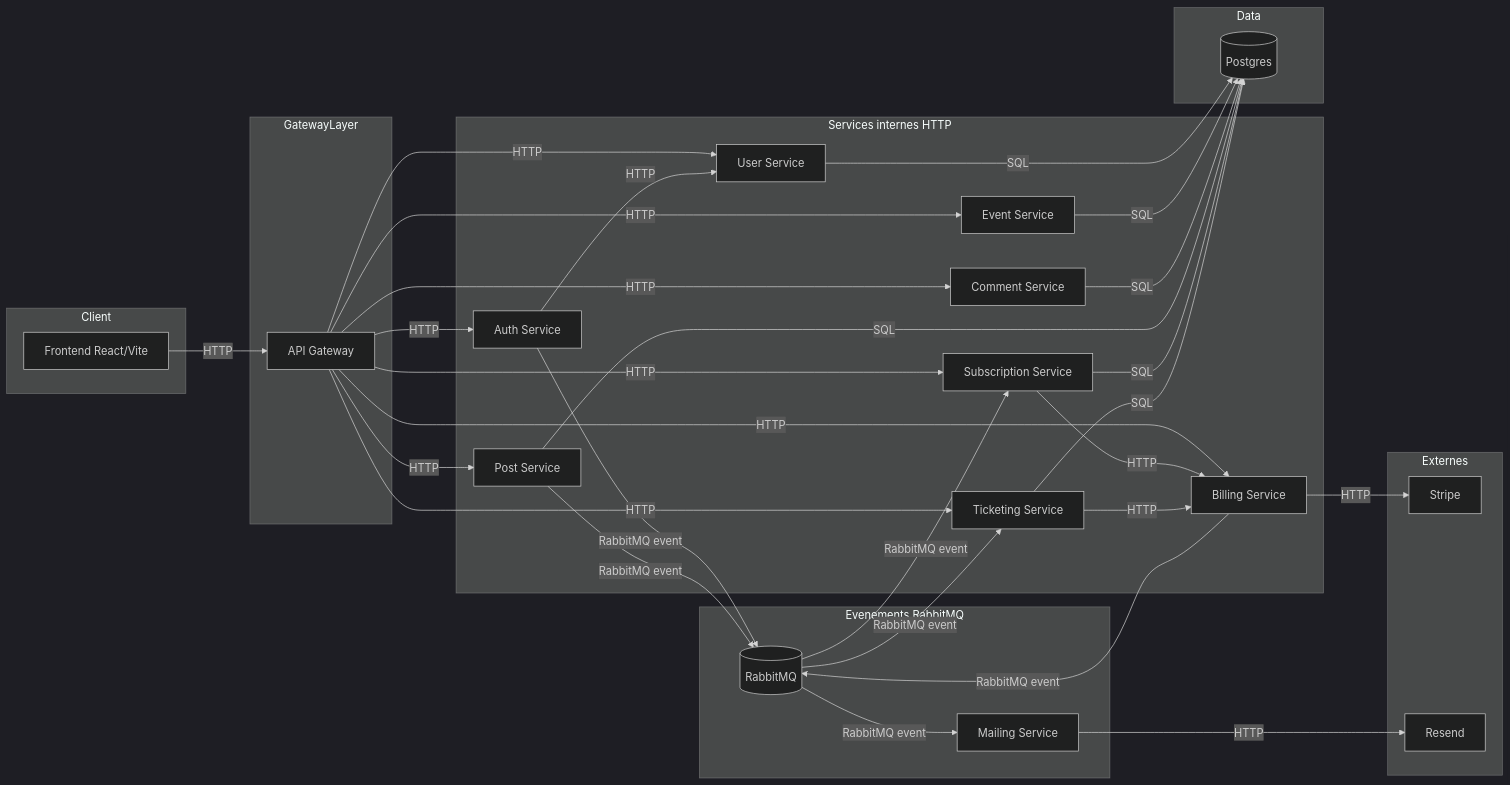
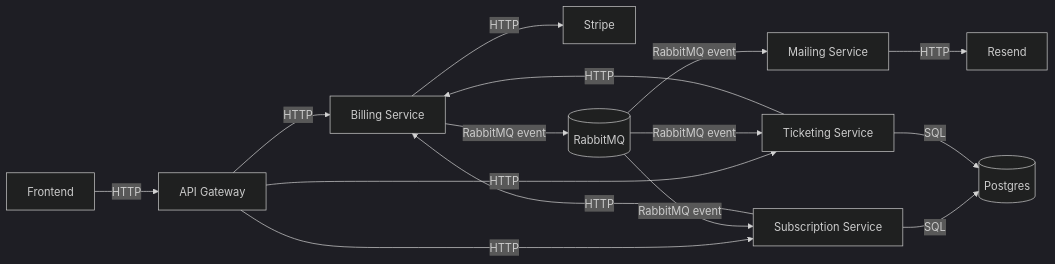
Before and after one commit to Adambizien/Event_Thunder: the third of 5 diagrams in README.md, drawn with Mermaid (dark theme). The commit also changed other lines of this file, not shown here.

Commit message:
feat: update architecture diagrams in README for improved clarity and detail

````diff
--- a/README.md
+++ b/README.md
@@ -23,67 +50,20 @@
 ```mermaid
 flowchart LR
-  subgraph Client
-    Frontend[Frontend React/Vite]
-  end
+  Frontend[Frontend] -->|HTTP| Gateway[API Gateway]
+  Gateway -->|HTTP| Billing[Billing Service]
+  Gateway -->|HTTP| Subs[Subscription Service]
+  Gateway -->|HTTP| Ticketing[Ticketing Service]
 
-  subgraph GatewayLayer
-    Gateway[API Gateway]
-  end
+  Subs -->|SQL| Postgres[(Postgres)]
+  Ticketing -->|SQL| Postgres
 
-  subgraph ServicesHTTP[Services internes HTTP]
-    Auth[Auth Service]
-    Users[User Service]
-    Events[Event Service]
-    Comments[Comment Service]
-    Posts[Post Service]
-    Subs[Subscription Service]
-    Billing[Billing Service]
-    Ticketing[Ticketing Service]
-  end
-
-  subgraph Async[Evenements RabbitMQ]
-    Rabbit[(RabbitMQ)]
-    Mailing[Mailing Service]
-  end
-
-  subgraph Data
-    Postgres[(Postgres)]
-  end
-
-  subgraph Externes
-    Stripe[Stripe]
-    Resend[Resend]
-  end
-
-  Frontend -->|HTTP| Gateway
-
-  Gateway -->|HTTP| Auth
-  Gateway -->|HTTP| Users
-  Gateway -->|HTTP| Events
-  Gateway -->|HTTP| Comments
-  Gateway -->|HTTP| Posts
-  Gateway -->|HTTP| Subs
-  Gateway -->|HTTP| Billing
-  Gateway -->|HTTP| Ticketing
-
-  Auth -->|HTTP| Users
   Subs -->|HTTP| Billing
   Ticketing -->|HTTP| Billing
 
-  Auth -->|RabbitMQ event| Rabbit
-  Billing -->|RabbitMQ event| Rabbit
-  Posts -->|RabbitMQ event| Rabbit
+  Billing -->|HTTP| Stripe[Stripe]
+  Billing -->|RabbitMQ event| Rabbit[(RabbitMQ)]
   Rabbit -->|RabbitMQ event| Subs
   Rabbit -->|RabbitMQ event| Ticketing
-  Rabbit -->|RabbitMQ event| Mailing
-
-  Mailing -->|HTTP| Resend
-  Billing -->|HTTP| Stripe
-
-  Users -->|SQL| Postgres
-  Events -->|SQL| Postgres
-  Comments -->|SQL| Postgres
-  Posts -->|SQL| Postgres
-  Subs -->|SQL| Postgres
-  Ticketing -->|SQL| Postgres
+  Rabbit -->|RabbitMQ event| Mailing[Mailing Service]
+  Mailing -->|HTTP| Resend[Resend]
 ```
````
